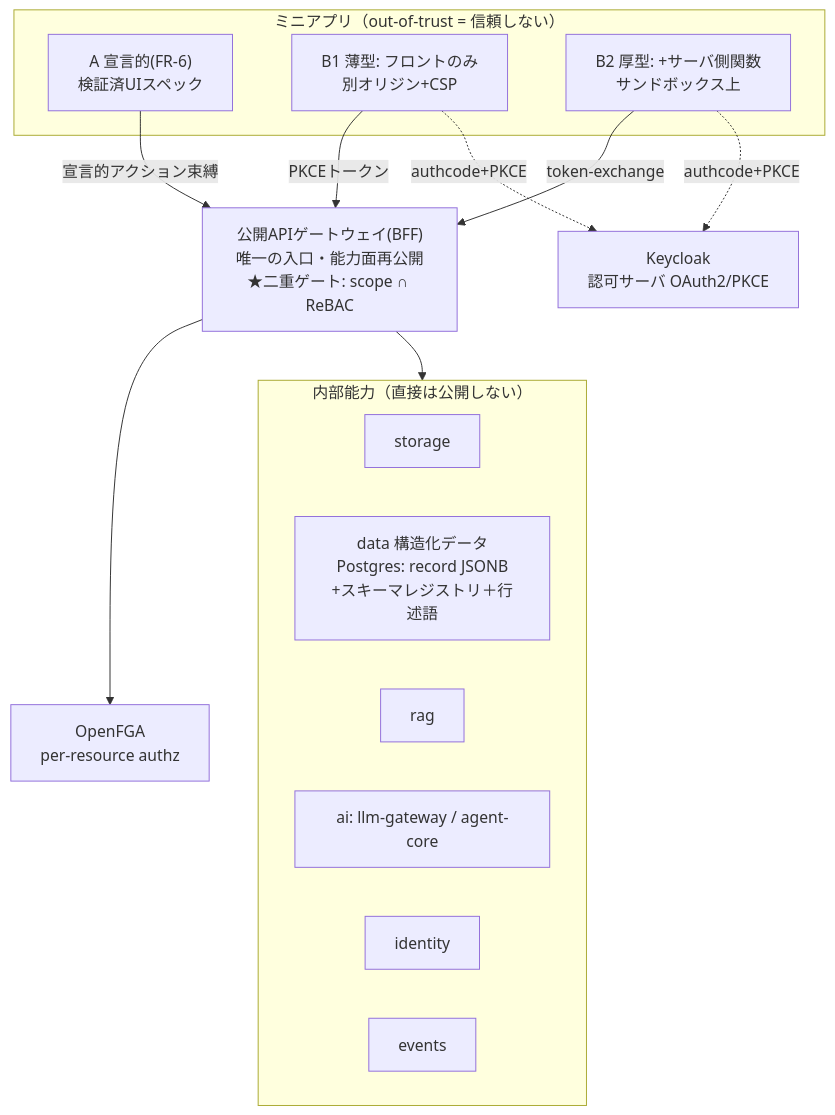
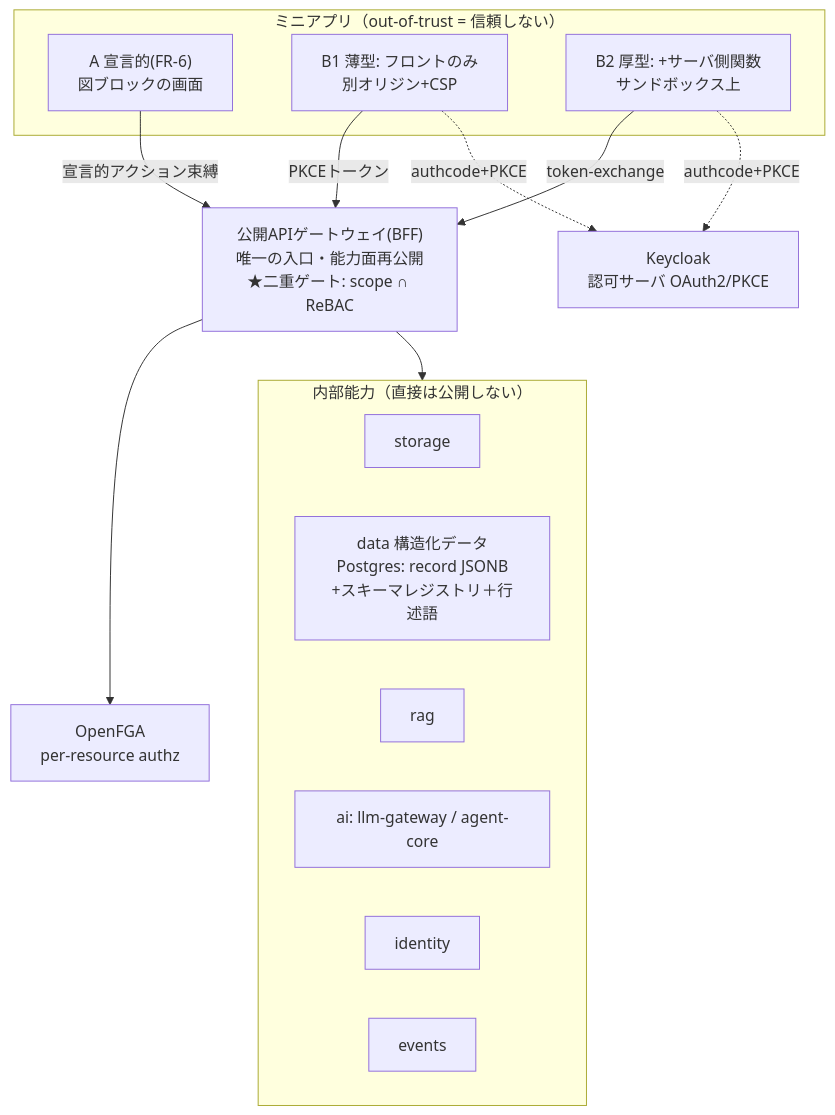
The diagram in docs/guides/mini-app-onboarding.md (imanect-labs/shiki-platform), drawn with Mermaid before and after one commit. The commit also changed 11 other files, not shown here.

````diff
--- a/docs/guides/mini-app-onboarding.md
+++ b/docs/guides/mini-app-onboarding.md
@@ -332,25 +332,25 @@
 ```mermaid
 flowchart TB
   subgraph UT["ミニアプリ（out-of-trust = 信頼しない）"]
-    A["A 宣言的(FR-6)<br/>検証済UIスペック"]
+    A["A 宣言的(FR-6)<br/>図ブロックの画面"]
     B1["B1 薄型: フロントのみ<br/>別オリジン+CSP"]
     B2["B2 厚型: +サーバ側関数<br/>サンドボックス上"]
   end
   KC[Keycloak<br/>認可サーバ OAuth2/PKCE]
   GW["公開APIゲートウェイ(BFF)<br/>唯一の入口・能力面再公開<br/>★二重ゲート: scope ∩ ReBAC"]
   A -- 宣言的アクション束縛 --> GW
   B1 -- PKCEトークン --> GW
   B2 -- token-exchange --> GW
   B1 -. authcode+PKCE .-> KC
   B2 -. authcode+PKCE .-> KC
   GW --> FGA[OpenFGA<br/>per-resource authz]
   GW --> CAP
   subgraph CAP["内部能力（直接は公開しない）"]
     ST[storage]
     DATA["data 構造化データ<br/>Postgres: record JSONB<br/>+スキーマレジストリ＋行述語"]
     RAGC[rag]
     AIC["ai: llm-gateway / agent-core"]
     IDN[identity]
     EVT[events]
   end
 ```
````
